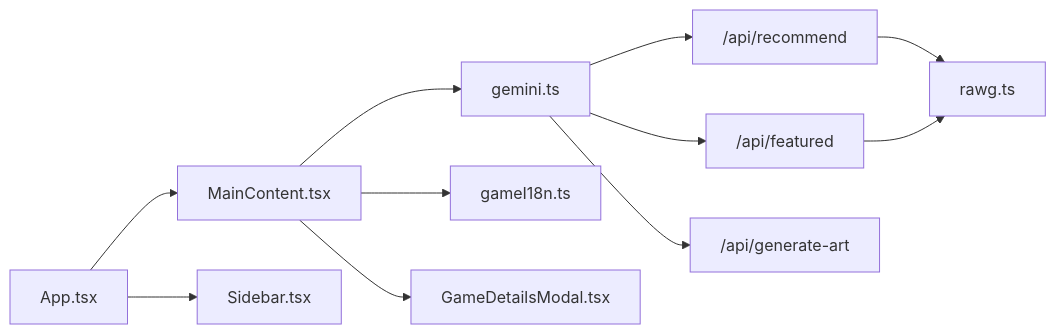
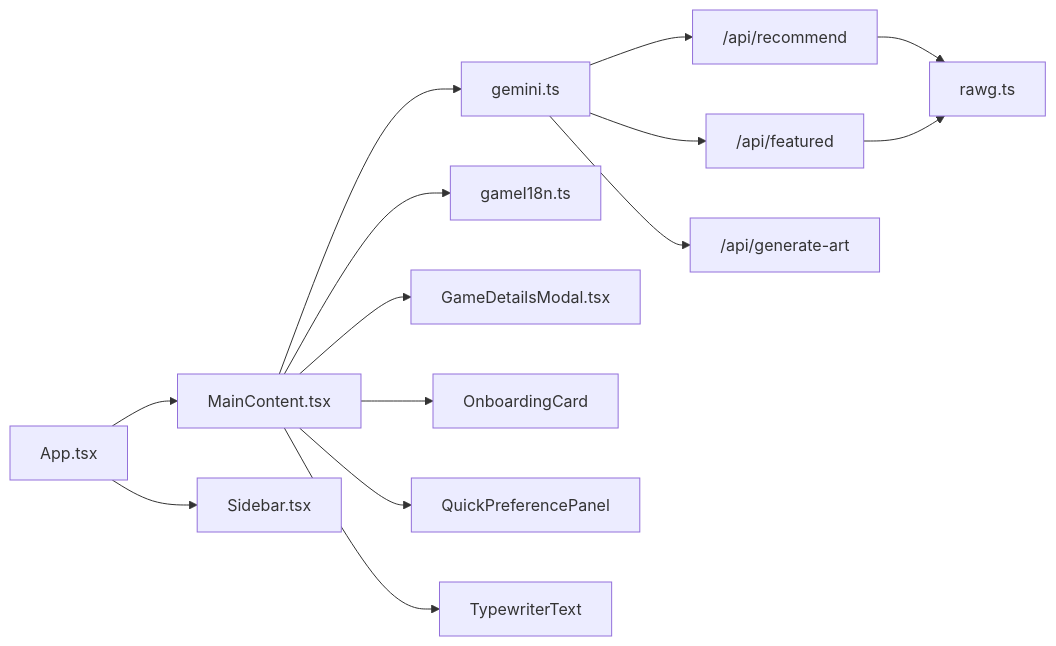
One commit to Jason-6300/JoyMate changed the seventh of 7 diagrams in .qoder/repowiki/zh/content/核心组件/主内容组件.md. Above: the diagram before and after it, drawn with Mermaid. The commit also changed other lines of this file and 184 other files, not shown here.

````diff
--- a/.qoder/repowiki/zh/content/核心组件/主内容组件.md
+++ b/.qoder/repowiki/zh/content/核心组件/主内容组件.md
@@ -285,13 +369,16 @@
 ```mermaid
 graph LR
 App["App.tsx"] --> MC["MainContent.tsx"]
 App --> SB["Sidebar.tsx"]
 MC --> GS["gemini.ts"]
 MC --> GI["gameI18n.ts"]
 MC --> GD["GameDetailsModal.tsx"]
+MC --> OC["OnboardingCard"]
+MC --> QPP["QuickPreferencePanel"]
+MC --> TT["TypewriterText"]
 GS --> APIR["/api/recommend"]
 GS --> APIF["/api/featured"]
 GS --> APIA["/api/generate-art"]
 APIR --> RAWG["rawg.ts"]
 APIF --> RAWG
 ```
````
